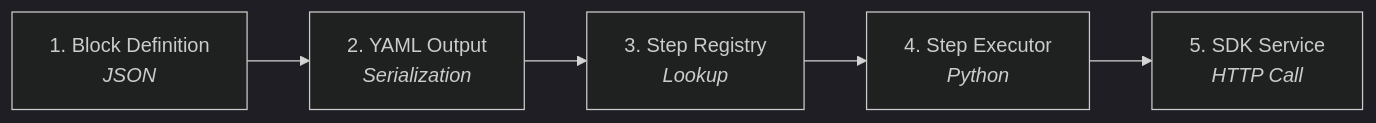
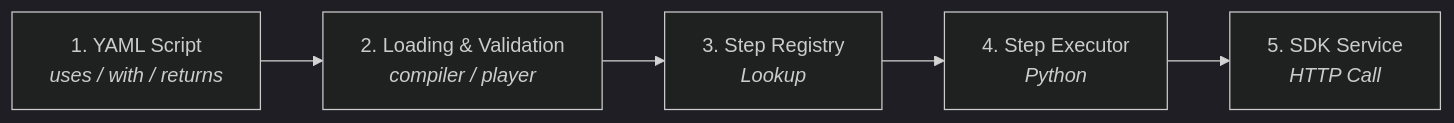
Before and after one commit to eclipse-tractusx/tractusx-testlab: the first of 5 diagrams in docs/developer/block-lifecycle.md, drawn with Mermaid (dark theme). The commit also changed other lines of this file and 103 other files, not shown here.

````diff
--- a/docs/developer/block-lifecycle.md
+++ b/docs/developer/block-lifecycle.md
@@ -32,7 +44,7 @@
 ```mermaid
 flowchart LR
-    A["1. Block Definition<br/><i>JSON</i>"] --> B["2. YAML Output<br/><i>Serialization</i>"]
+    A["1. YAML Script<br/><i>uses / with / returns</i>"] --> B["2. Loading &amp; Validation<br/><i>compiler / player</i>"]
     B --> C["3. Step Registry<br/><i>Lookup</i>"]
     C --> D["4. Step Executor<br/><i>Python</i>"]
     D --> E["5. SDK Service<br/><i>HTTP Call</i>"]
 ```
````
